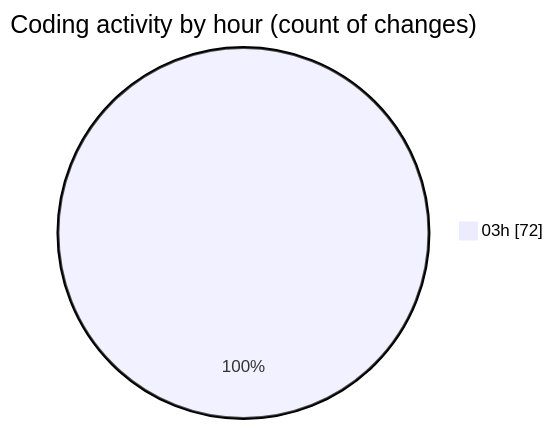
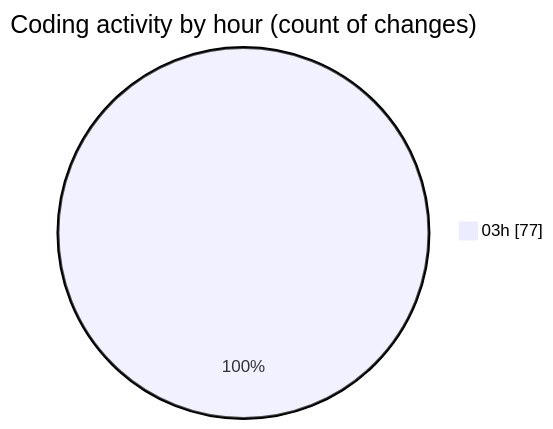
The second of 2 diagrams in 2025-08-09/napxuvn/README.md (lephambinh05/code-tracking), drawn with Mermaid before and after one commit. The commit also changed other lines of this file and 1 other file, not shown here.

````diff
--- a/2025-08-09/napxuvn/README.md
+++ b/2025-08-09/napxuvn/README.md
@@ -84,5 +86,5 @@
 ```mermaid
 pie showData
 title Coding activity by hour (count of changes)
-"03h" : 72
+"03h" : 77
 ```
````
